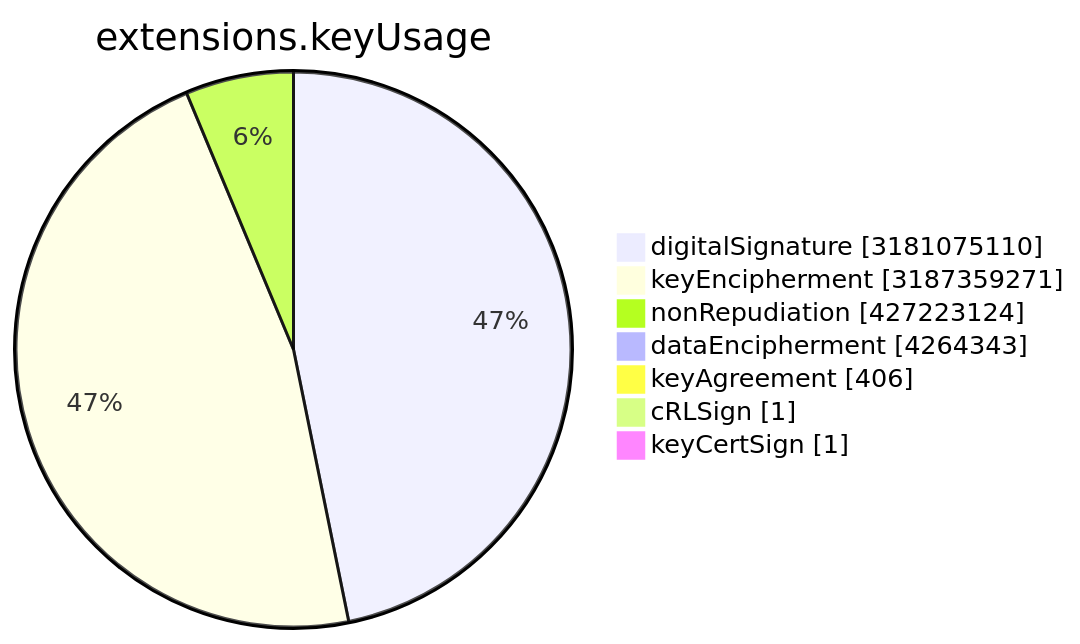
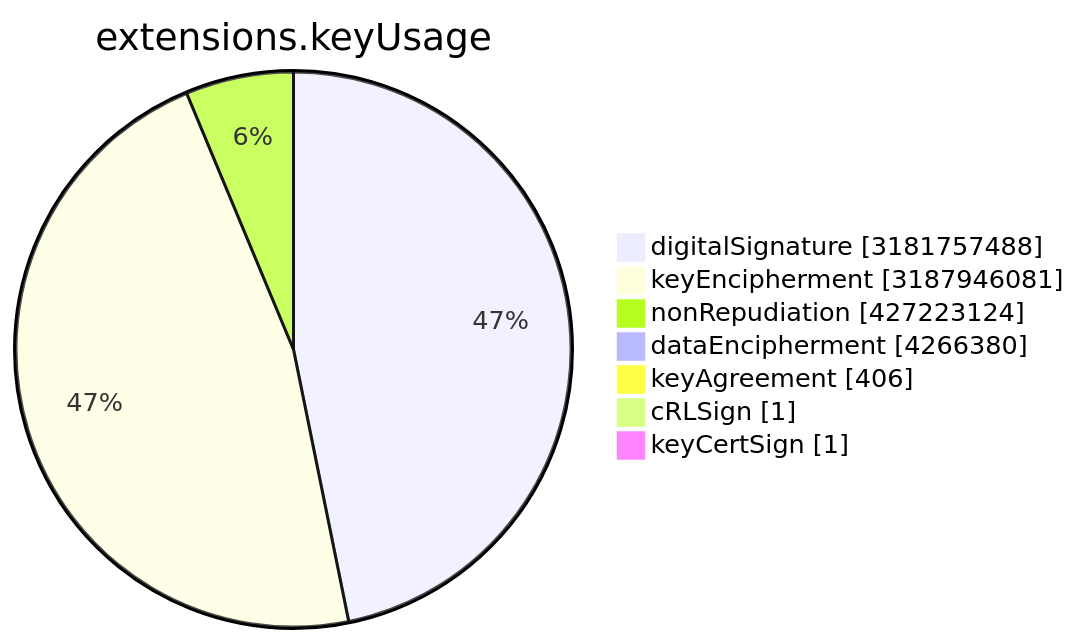
The sixth of 15 diagrams in TOTAL/README.md (christiankrug/ctmonitor_visualization), drawn with Mermaid before and after one commit. The commit also changed other lines of this file, not shown here.

````diff
--- a/TOTAL/README.md
+++ b/TOTAL/README.md
@@ -3077,11 +3077,11 @@
 ```mermaid
 pie showData
 title extensions.keyUsage
-"digitalSignature" :3181075110
-"keyEncipherment" :3187359271
+"digitalSignature" :3181757488
+"keyEncipherment" :3187946081
 "nonRepudiation" :427223124
-"dataEncipherment" :4264343
+"dataEncipherment" :4266380
 "keyAgreement" :406
 "cRLSign" :1
 "keyCertSign" :1
 ```
````
